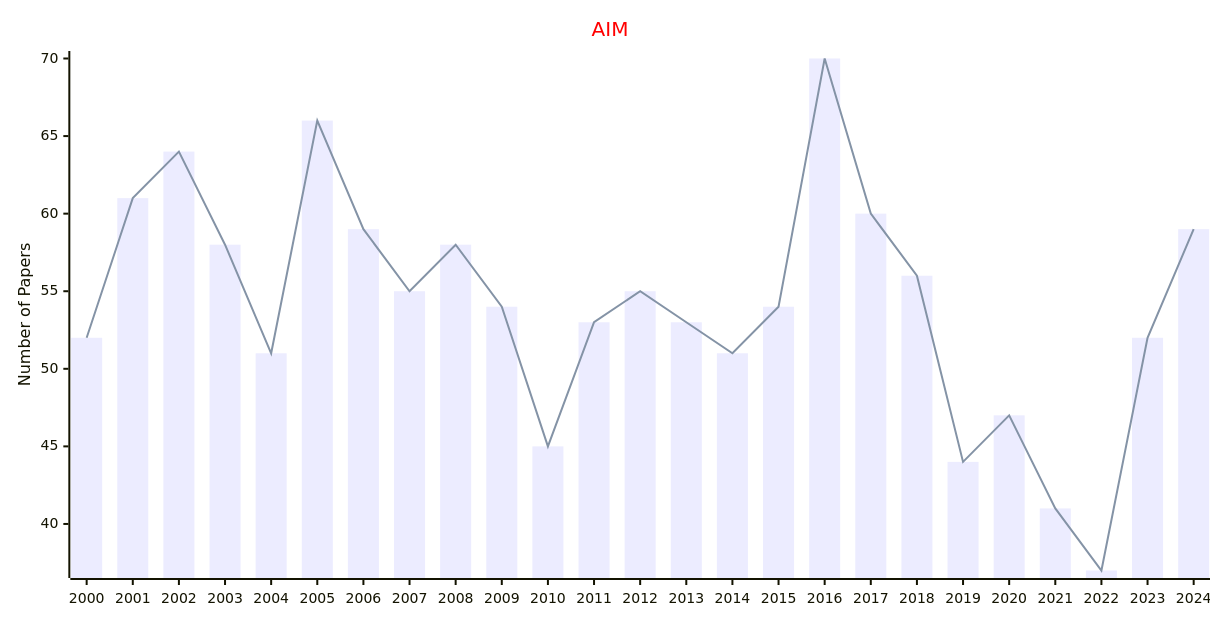
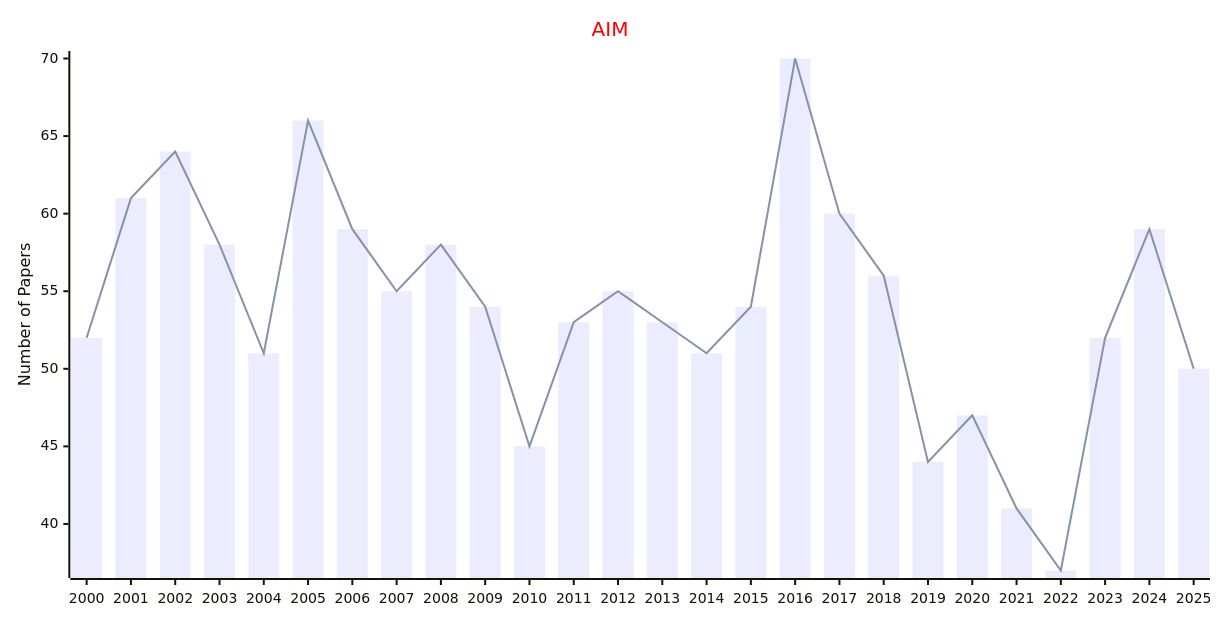
Diagram 22 of 27 in docs/data/Journals/Statistics_Journals/Artificial_Intelligence.md (Easy-PhD/AILinks), drawn with Mermaid before and after one commit. The commit also changed other lines of this file and 107 other files, not shown here.

````diff
--- a/docs/data/Journals/Statistics_Journals/Artificial_Intelligence.md
+++ b/docs/data/Journals/Statistics_Journals/Artificial_Intelligence.md
@@ -513,17 +513,17 @@
 ```mermaid
 ---
 config:
     xyChart:
         width: 1200
         height: 600
     themeVariables:
         xyChart:
             titleColor: "#ff0000"
 ---
 xychart-beta
     title "AIM"
-    x-axis [2000, 2001, 2002, 2003, 2004, 2005, 2006, 2007, 2008, 2009, 2010, 2011, 2012, 2013, 2014, 2015, 2016, 2017, 2018, 2019, 2020, 2021, 2022, 2023, 2024]
+    x-axis [2000, 2001, 2002, 2003, 2004, 2005, 2006, 2007, 2008, 2009, 2010, 2011, 2012, 2013, 2014, 2015, 2016, 2017, 2018, 2019, 2020, 2021, 2022, 2023, 2024, 2025]
     y-axis "Number of Papers"
-    bar [52, 61, 64, 58, 51, 66, 59, 55, 58, 54, 45, 53, 55, 53, 51, 54, 70, 60, 56, 44, 47, 41, 37, 52, 59]
-    line [52, 61, 64, 58, 51, 66, 59, 55, 58, 54, 45, 53, 55, 53, 51, 54, 70, 60, 56, 44, 47, 41, 37, 52, 59]
+    bar [52, 61, 64, 58, 51, 66, 59, 55, 58, 54, 45, 53, 55, 53, 51, 54, 70, 60, 56, 44, 47, 41, 37, 52, 59, 50]
+    line [52, 61, 64, 58, 51, 66, 59, 55, 58, 54, 45, 53, 55, 53, 51, 54, 70, 60, 56, 44, 47, 41, 37, 52, 59, 50]
 ```
````
